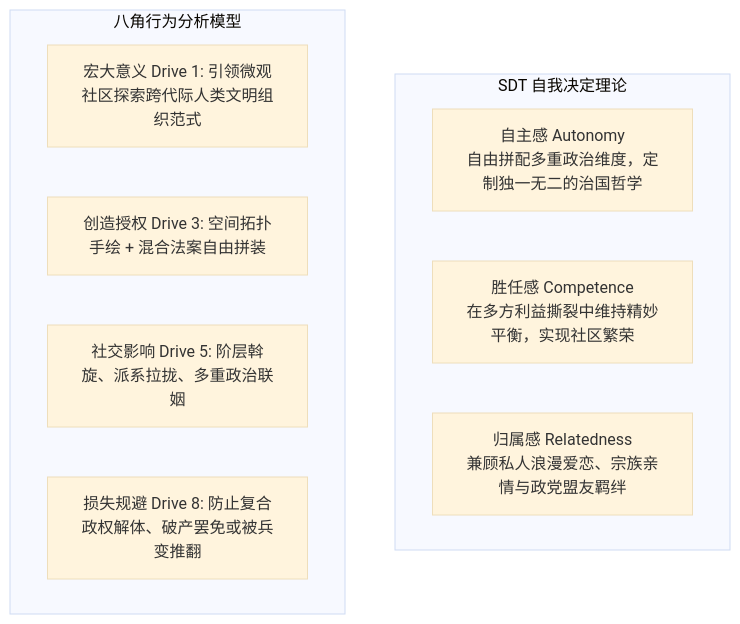
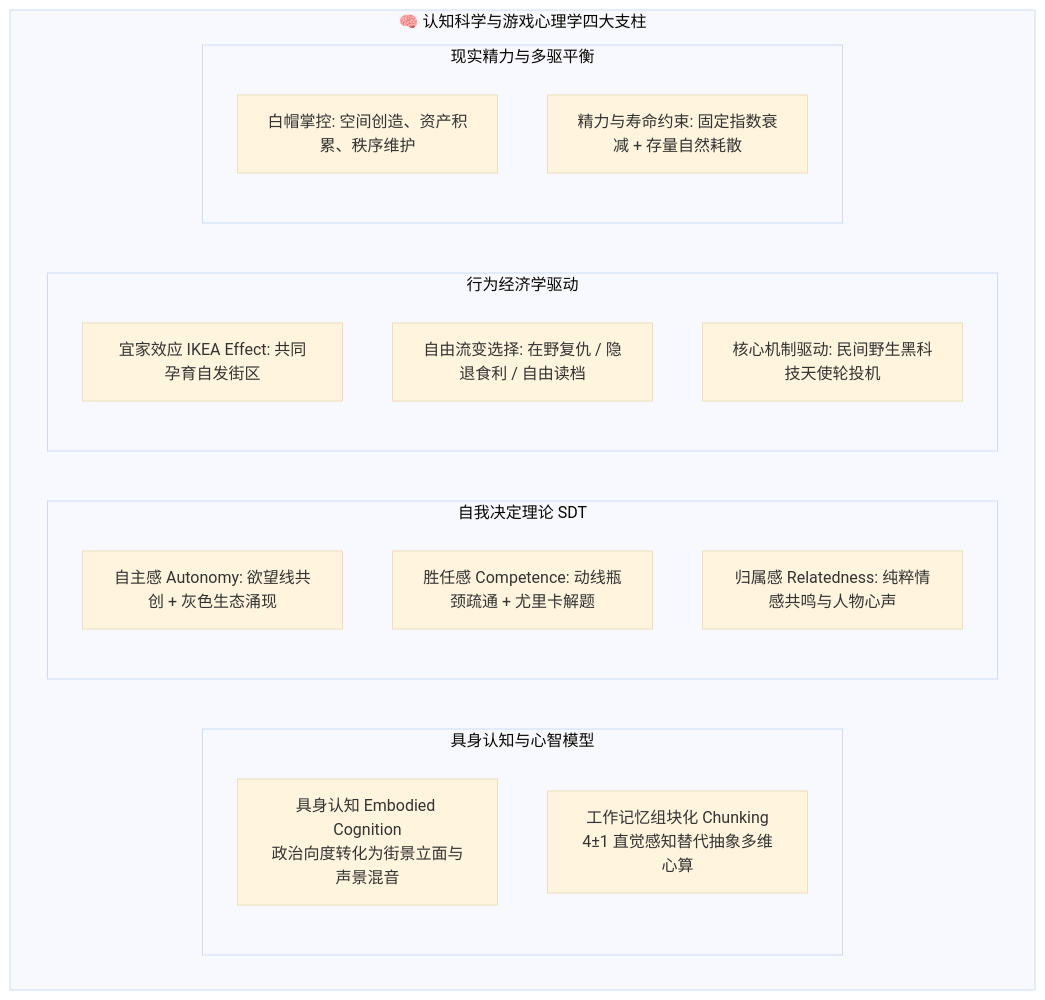
The second of 9 diagrams in PLAN.md (g39088902/FlowAndAccord), drawn with Mermaid (base theme) before and after one commit. The commit also changed other lines of this file and 16 other files, not shown here.

````diff
--- a/PLAN.md
+++ b/PLAN.md
@@ -71,15 +75,23 @@
 ```mermaid
 graph TD
-    subgraph SDT [SDT 自我决定理论]
-        A1[自主感 Autonomy<br>自由拼配多重政治维度，定制独一无二的治国哲学]
-        A2[胜任感 Competence<br>在多方利益撕裂中维持精妙平衡，实现社区繁荣]
-        A3[归属感 Relatedness<br>兼顾私人浪漫爱恋、宗族亲情与政党盟友羁绊]
-    end
-
-    subgraph Octalysis [八角行为分析模型]
-        O1[宏大意义 Drive 1: 引领微观社区探索跨代际人类文明组织范式]
-        O2[创造授权 Drive 3: 空间拓扑手绘 + 混合法案自由拼装]
-        O3[社交影响 Drive 5: 阶层斡旋、派系拉拢、多重政治联姻]
-        O4[损失规避 Drive 8: 防止复合政权解体、破产罢免或被兵变推翻]
+    subgraph CognitiveArchitecture [🧠 认知科学与游戏心理学四大支柱]
+        subgraph Col1 [具身认知与心智模型]
+            M1[具身认知 Embodied Cognition<br>政治向度转化为街景立面与声景混音]
+            M2[工作记忆组块化 Chunking<br>4±1 直觉感知替代抽象多维心算]
+        end
+        subgraph Col2 [自我决定理论 SDT]
+            S1[自主感 Autonomy: 欲望线共创 + 灰色生态涌现]
+            S2[胜任感 Competence: 动线瓶颈疏通 + 尤里卡解题]
+            S3[归属感 Relatedness: 纯粹情感共鸣与人物心声]
+        end
+        subgraph Col3 [行为经济学驱动]
+            B1[宜家效应 IKEA Effect: 共同孕育自发街区]
+            B2[自由流变选择: 在野复仇 / 隐退食利 / 自由读档]
+            B3[核心机制驱动: 民间野生黑科技天使轮投机]
+        end
+        subgraph Col4 [现实精力与多驱平衡]
+            O1[白帽掌控: 空间创造、资产积累、秩序维护]
+            O2[精力与寿命约束: 固定指数衰减 + 存量自然耗散]
+        end
     end
 ```
````
